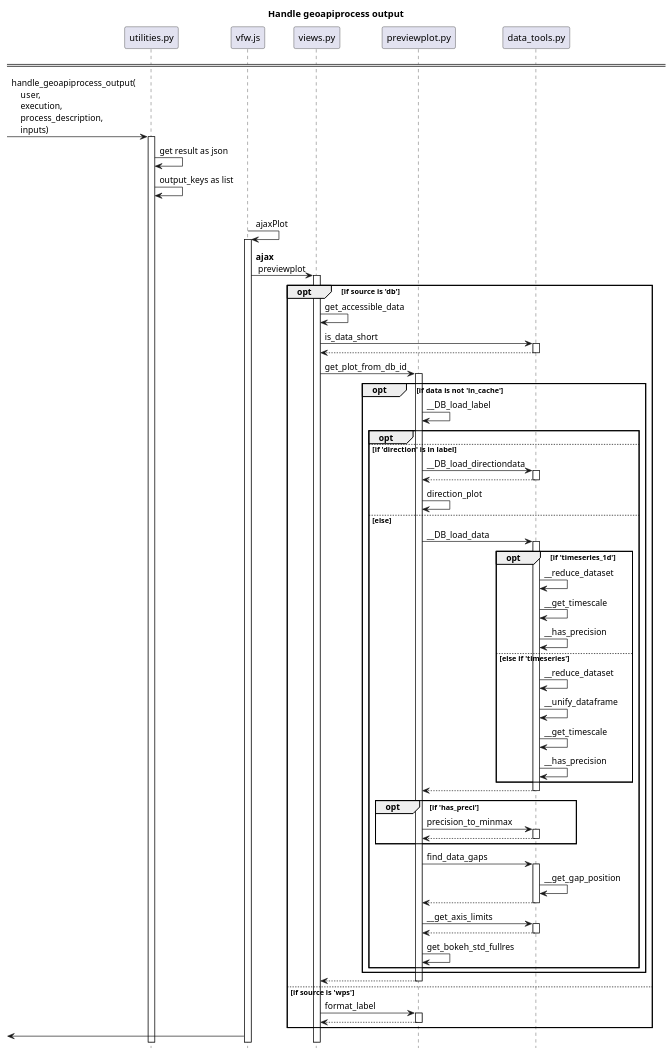
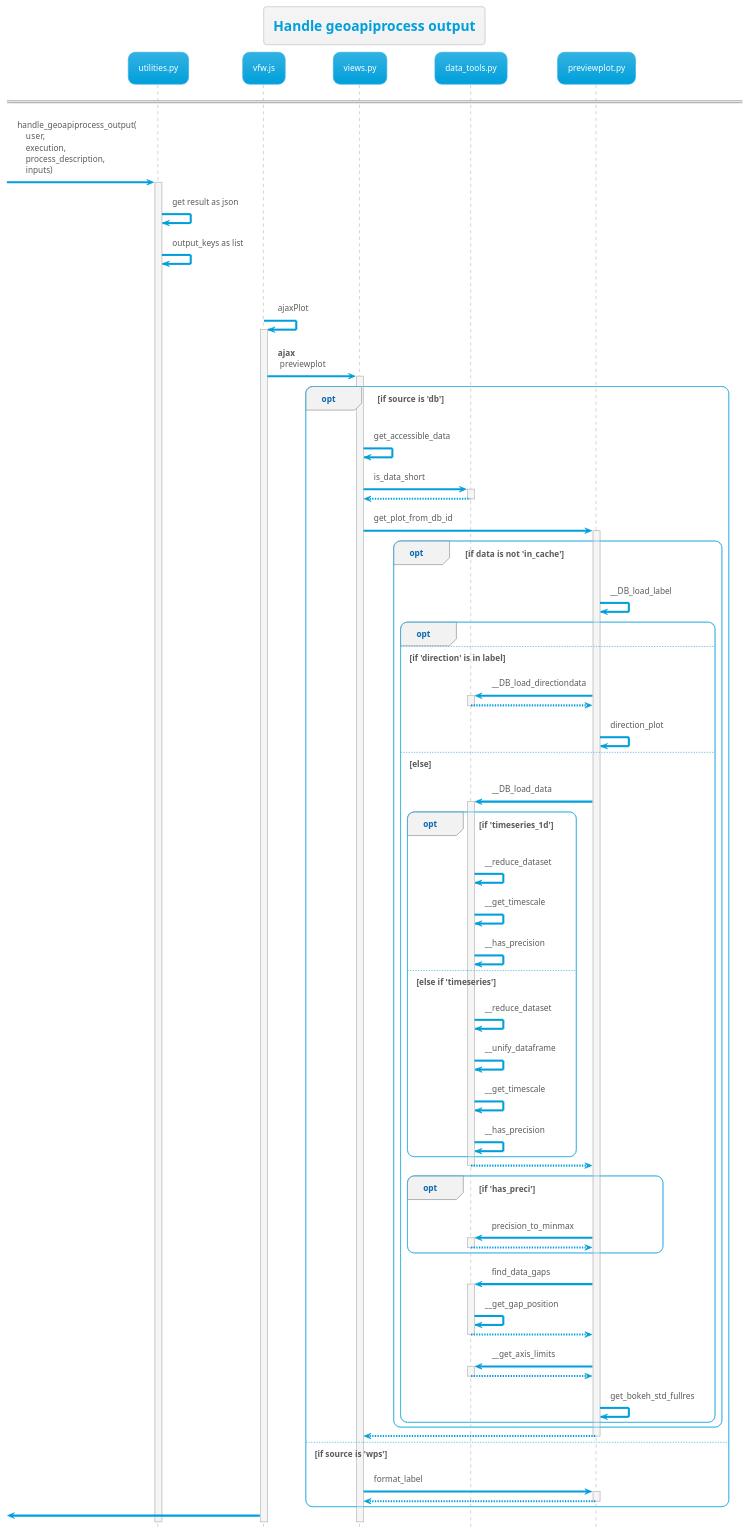
The first of 2 diagrams in diagrams/Seq_Plot_Preview.puml (VForWaTer/vforwater-portal), drawn with PlantUML before and after one commit. The commit also changed other lines of this file and 10 other files, not shown here.

Commit message:
Introduce new figure object and adjust plot object in python

```diff
--- a/diagrams/Seq_Plot_Preview.puml
+++ b/diagrams/Seq_Plot_Preview.puml
@@ -1,65 +1,65 @@
 @startuml
 title Handle geoapiprocess output
-
+!theme bluegray
 hide footbox
-participant previewplot.py order 20
-participant data_tools.py order 30
+'participant previewplot.py order 20
+'participant data_tools.py order 30
 
 ====
 ' actor user #lightblue
 [-> utilities.py ++: handle_geoapiprocess_output(\n    user,\n    execution,\n    process_description,\n    inputs)
 utilities.py -> utilities.py: get result as json
 utilities.py -> utilities.py: output_keys as list
 
 ' checkSiblings checks what is clicked
 group ajax
 vfw.js -> vfw.js ++: ajaxPlot
 vfw.js -> views.py ++: **ajax**\n previewplot
 opt if source is 'db'
     views.py -> views.py: get_accessible_data
 
     views.py -> data_tools.py ++: is_data_short
     return
     views.py -> previewplot.py ++: get_plot_from_db_id
     opt if data is not 'in_cache'
         previewplot.py -> previewplot.py: __DB_load_label
         opt
         else if 'direction' is in label
             previewplot.py -> data_tools.py ++: __DB_load_directiondata
             return
             previewplot.py -> previewplot.py: direction_plot
         else else
             previewplot.py -> data_tools.py ++: __DB_load_data
             opt if 'timeseries_1d'
             data_tools.py -> data_tools.py: __reduce_dataset
             data_tools.py -> data_tools.py: __get_timescale
             data_tools.py -> data_tools.py: __has_precision
             else else if 'timeseries'
             data_tools.py -> data_tools.py: __reduce_dataset
             data_tools.py -> data_tools.py: __unify_dataframe
             data_tools.py -> data_tools.py: __get_timescale
             data_tools.py -> data_tools.py: __has_precision
             end
             return
             opt if 'has_preci'
                 previewplot.py -> data_tools.py ++: precision_to_minmax
                 return
             end
                 previewplot.py -> data_tools.py ++: find_data_gaps
                 data_tools.py -> data_tools.py: __get_gap_position
                 return
                 previewplot.py -> data_tools.py ++: __get_axis_limits
                 return
                 previewplot.py -> previewplot.py: get_bokeh_std_fullres
     end
 end
     return
 else if source is 'wps'
     views.py -> previewplot.py ++: format_label
 return
 end
 [<- vfw.js
 
 
 
 @enduml
```
